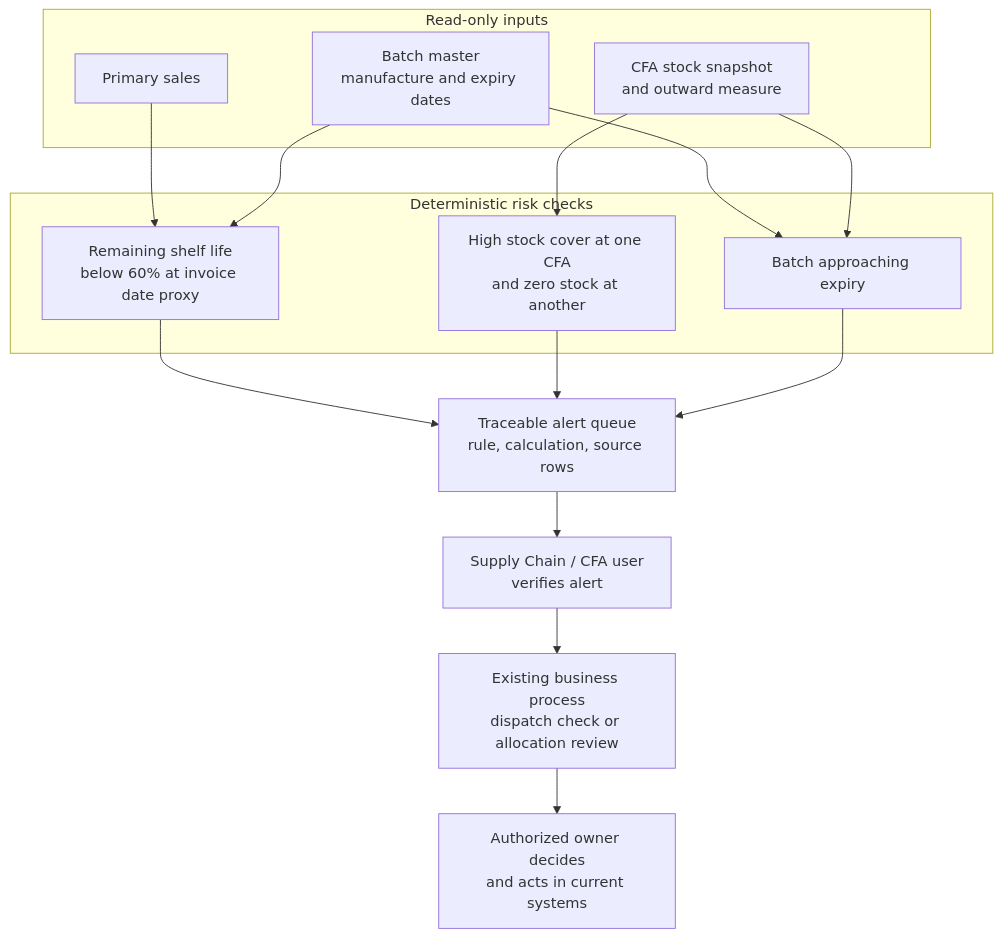
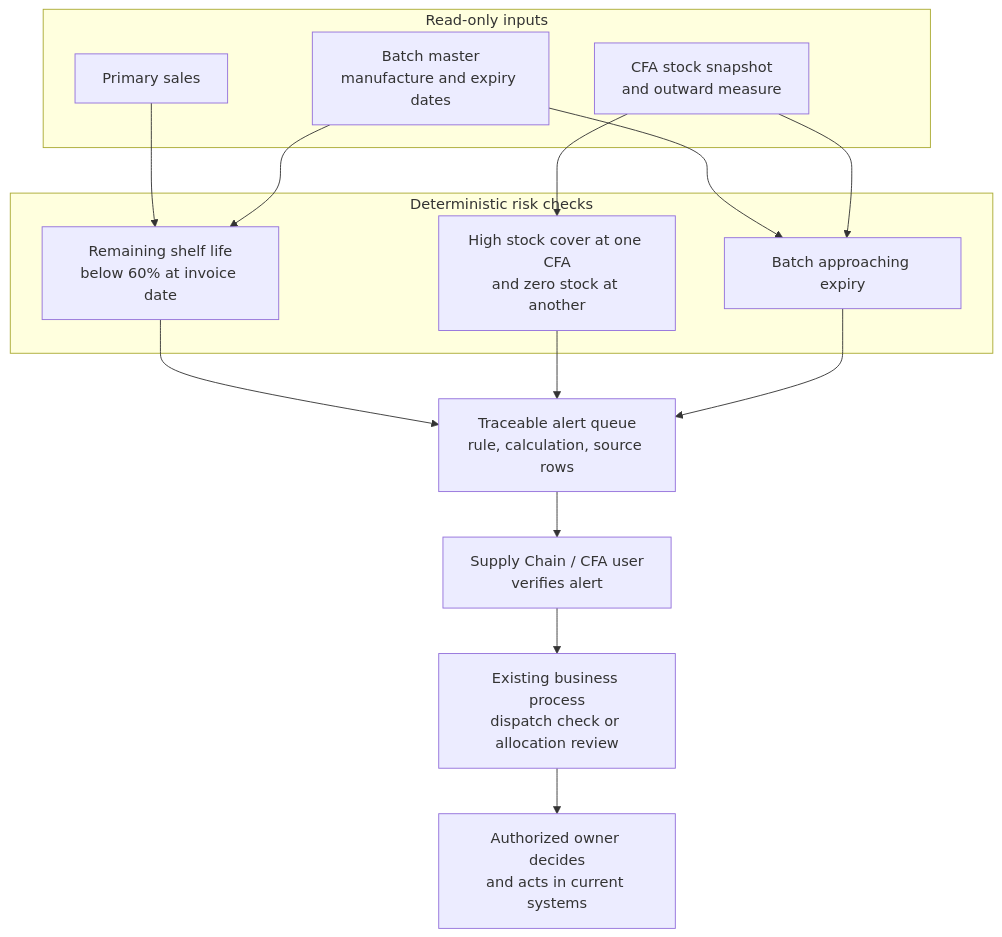
The second of 2 diagrams in pfizer-channel-engagement_learner-pack/discovery/solution_business_flow.md (palashdange/Project_Pfizer), drawn with Mermaid before and after one commit. The commit also changed other lines of this file and 12 other files, not shown here.

````diff
--- a/pfizer-channel-engagement_learner-pack/discovery/solution_business_flow.md
+++ b/pfizer-channel-engagement_learner-pack/discovery/solution_business_flow.md
@@ -23,29 +23,29 @@
 ```mermaid
 flowchart TB
     subgraph INPUTS[Read-only inputs]
         SALES[Primary sales]
         BATCH[Batch master<br/>manufacture and expiry dates]
         STOCK[CFA stock snapshot<br/>and outward measure]
     end
 
     subgraph CHECKS[Deterministic risk checks]
-        SHELF[Remaining shelf life<br/>below 60% at invoice date proxy]
+        SHELF[Remaining shelf life<br/>below 60% at invoice date]
         IMBALANCE[High stock cover at one CFA<br/>and zero stock at another]
         NEAR[Batch approaching expiry]
     end
 
     QUEUE[Traceable alert queue<br/>rule, calculation, source rows]
     USER[Supply Chain / CFA user<br/>verifies alert]
     DECISION[Existing business process<br/>dispatch check or allocation review]
     ACTION[Authorized owner decides<br/>and acts in current systems]
 
     SALES --> SHELF
     BATCH --> SHELF
     STOCK --> IMBALANCE
     BATCH --> NEAR
     STOCK --> NEAR
     SHELF --> QUEUE
     IMBALANCE --> QUEUE
     NEAR --> QUEUE
     QUEUE --> USER --> DECISION --> ACTION
 ```
````
